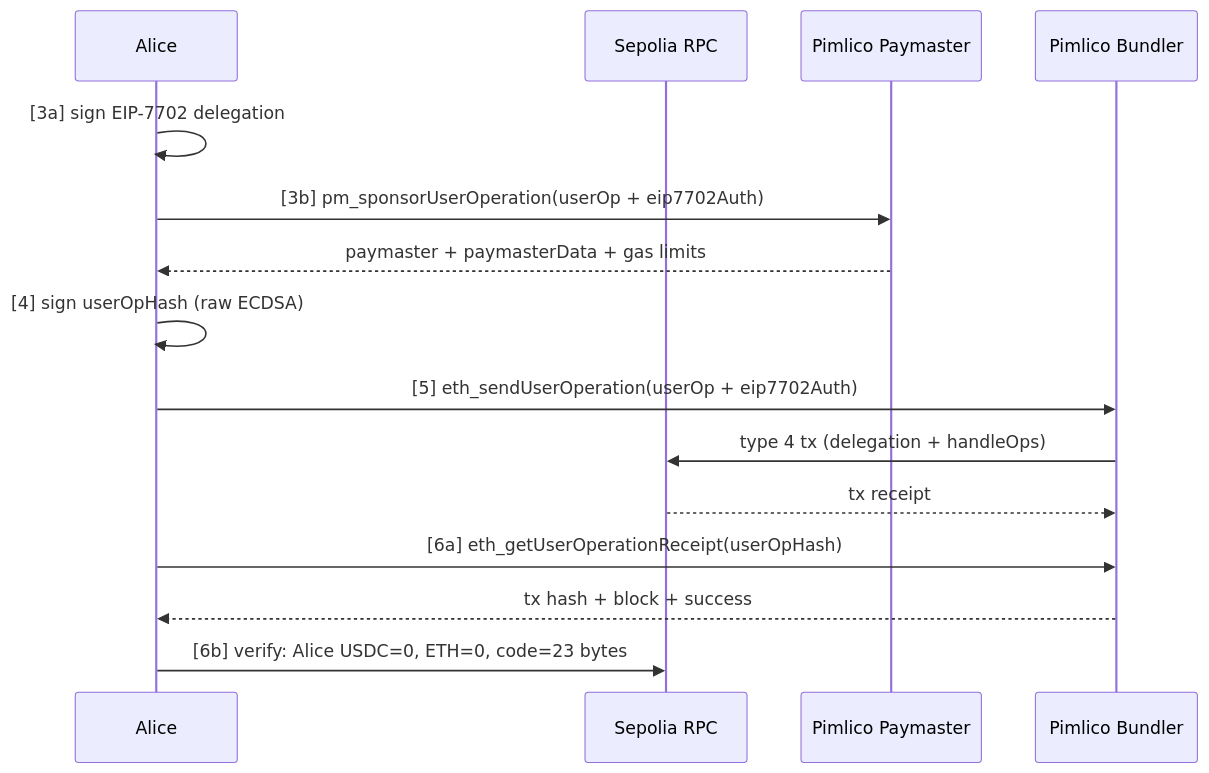
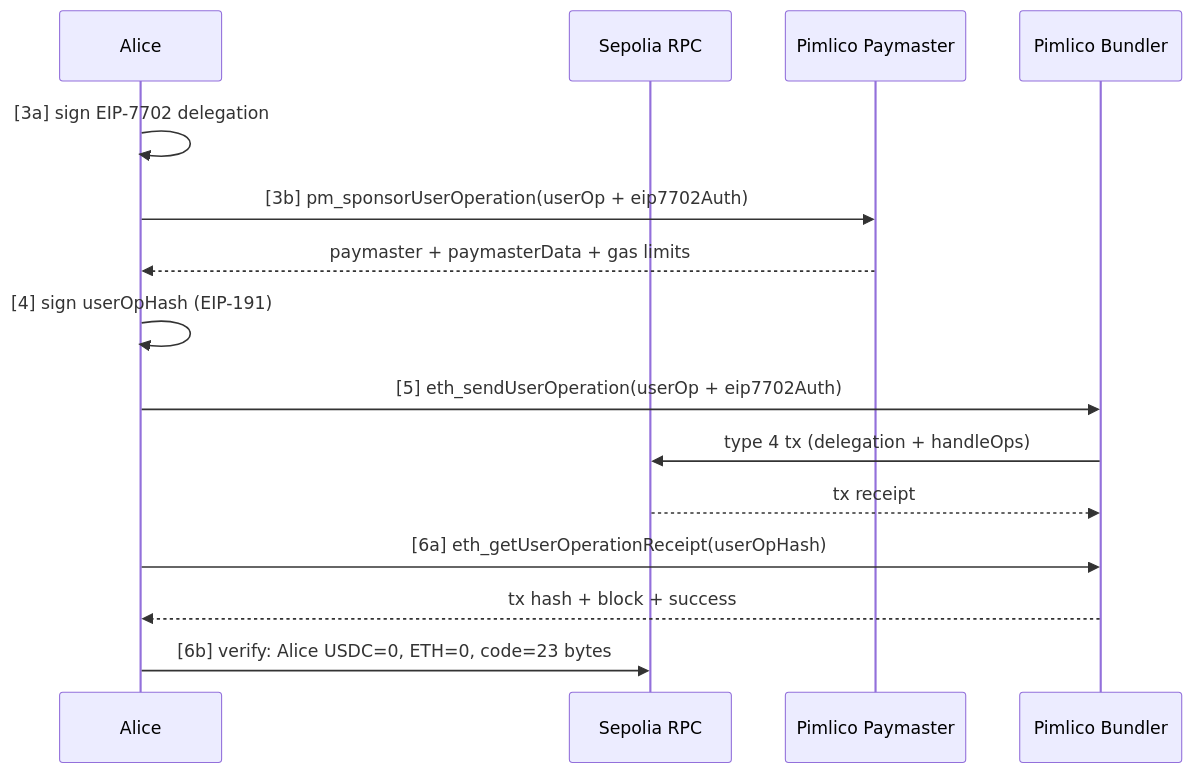
Before and after one commit to CoboTest/eip7702-minimal-account: the diagram in script/python/README.md, drawn with Mermaid. The commit also changed other lines of this file and 8 other files, not shown here.

First line of the commit message:
docs: fix signature descriptions — Raw ECDSA → EIP-191 across all docs

````diff
--- a/script/python/README.md
+++ b/script/python/README.md
@@ -158,21 +158,21 @@
 ```mermaid
 sequenceDiagram
     participant A as Alice
     participant RPC as Sepolia RPC
     participant PM as Pimlico Paymaster
     participant B as Pimlico Bundler
 
     A->>A: [3a] sign EIP-7702 delegation
     A->>PM: [3b] pm_sponsorUserOperation(userOp + eip7702Auth)
     PM-->>A: paymaster + paymasterData + gas limits
 
-    A->>A: [4] sign userOpHash (raw ECDSA)
+    A->>A: [4] sign userOpHash (EIP-191)
 
     A->>B: [5] eth_sendUserOperation(userOp + eip7702Auth)
     B->>RPC: type 4 tx (delegation + handleOps)
     RPC-->>B: tx receipt
 
     A->>B: [6a] eth_getUserOperationReceipt(userOpHash)
     B-->>A: tx hash + block + success
     A->>RPC: [6b] verify: Alice USDC=0, ETH=0, code=23 bytes
 ```
````
